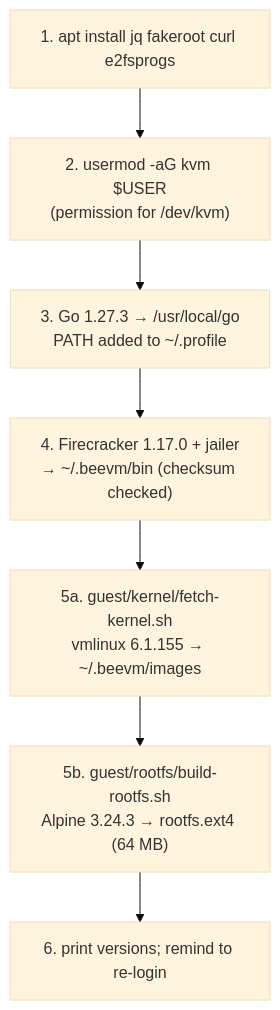
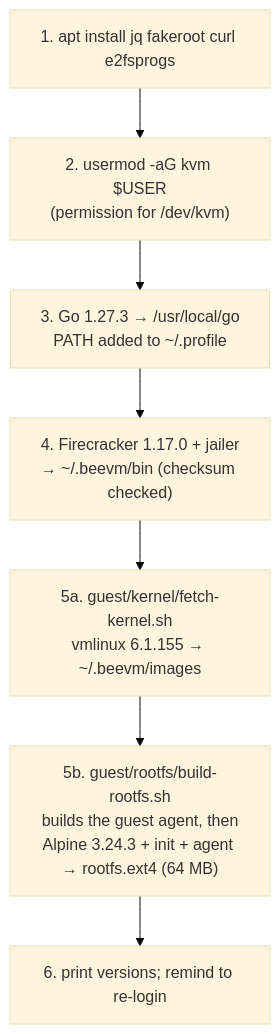
The third of 8 diagrams in developer-guide/guide.md (om8P/BeeVM), drawn with Mermaid (base theme) before and after one commit. The commit also changed other lines of this file and 2 other files, not shown here.

First line of the commit message:
Update build guide and learning notes through milestone 3

````diff
--- a/developer-guide/guide.md
+++ b/developer-guide/guide.md
@@ -145,9 +187,9 @@
 ```mermaid
 flowchart TD
     A["1. apt install jq fakeroot curl e2fsprogs"] --> B["2. usermod -aG kvm $USER<br/>(permission for /dev/kvm)"]
     B --> C["3. Go 1.27.3 → /usr/local/go<br/>PATH added to ~/.profile"]
     C --> D["4. Firecracker 1.17.0 + jailer<br/>→ ~/.beevm/bin (checksum checked)"]
     D --> E["5a. guest/kernel/fetch-kernel.sh<br/>vmlinux 6.1.155 → ~/.beevm/images"]
-    E --> F["5b. guest/rootfs/build-rootfs.sh<br/>Alpine 3.24.3 → rootfs.ext4 (64 MB)"]
+    E --> F["5b. guest/rootfs/build-rootfs.sh<br/>builds the guest agent, then<br/>Alpine 3.24.3 + init + agent → rootfs.ext4 (64 MB)"]
     F --> G["6. print versions; remind to re-login"]
 ```
````
